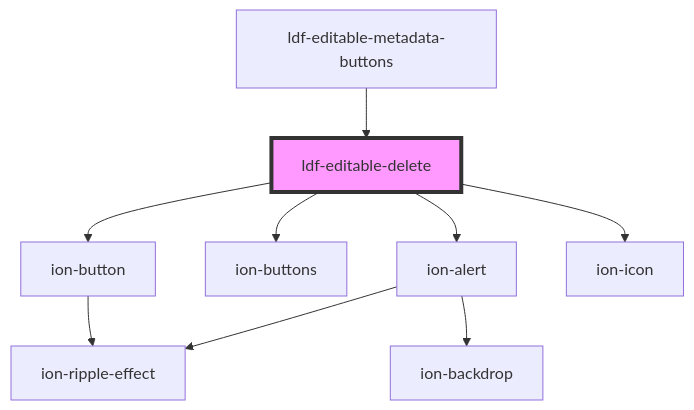
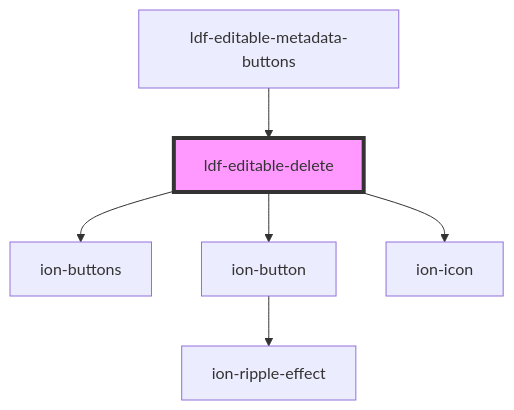
The diagram in components/src/components/editable-delete/readme.md (gbj/venite), drawn with Mermaid before and after one commit. The commit also changed other lines of this file and 7 other files, not shown here.

````diff
--- a/components/src/components/editable-delete/readme.md
+++ b/components/src/components/editable-delete/readme.md
@@ -38,12 +37,9 @@
 ```mermaid
 graph TD;
-  ldf-editable-delete --> ion-alert
   ldf-editable-delete --> ion-buttons
   ldf-editable-delete --> ion-button
   ldf-editable-delete --> ion-icon
-  ion-alert --> ion-ripple-effect
-  ion-alert --> ion-backdrop
   ion-button --> ion-ripple-effect
   ldf-editable-metadata-buttons --> ldf-editable-delete
   style ldf-editable-delete fill:#f9f,stroke:#333,stroke-width:4px
 ```
````
